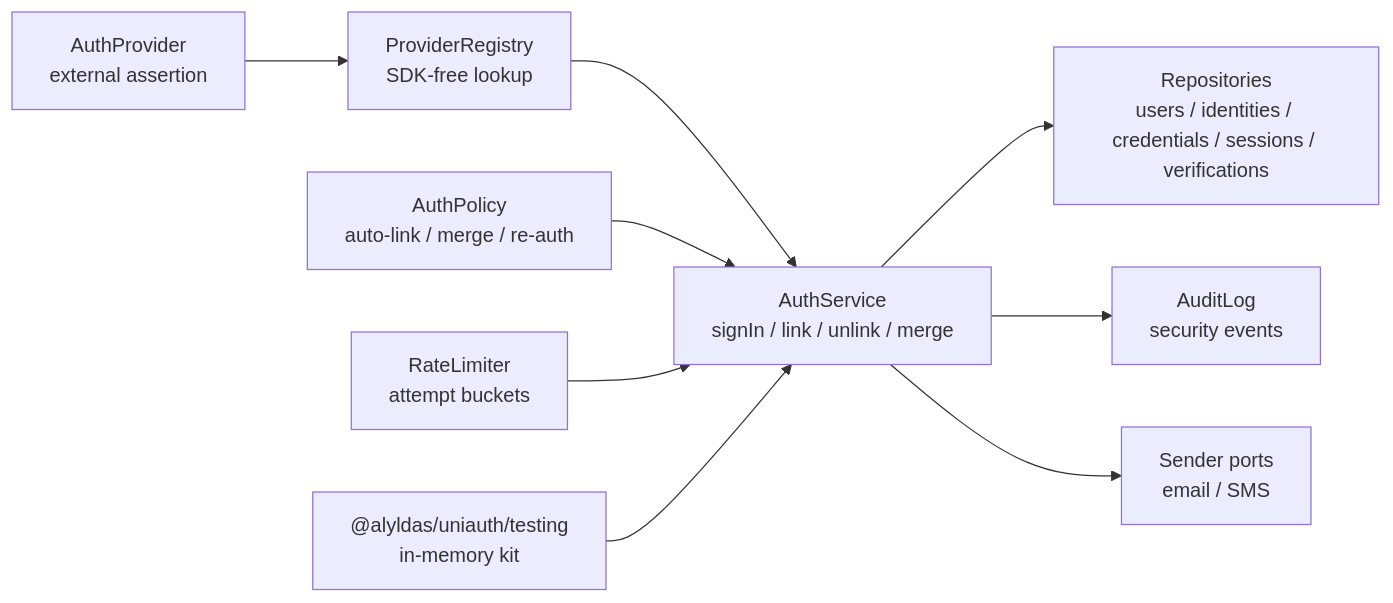
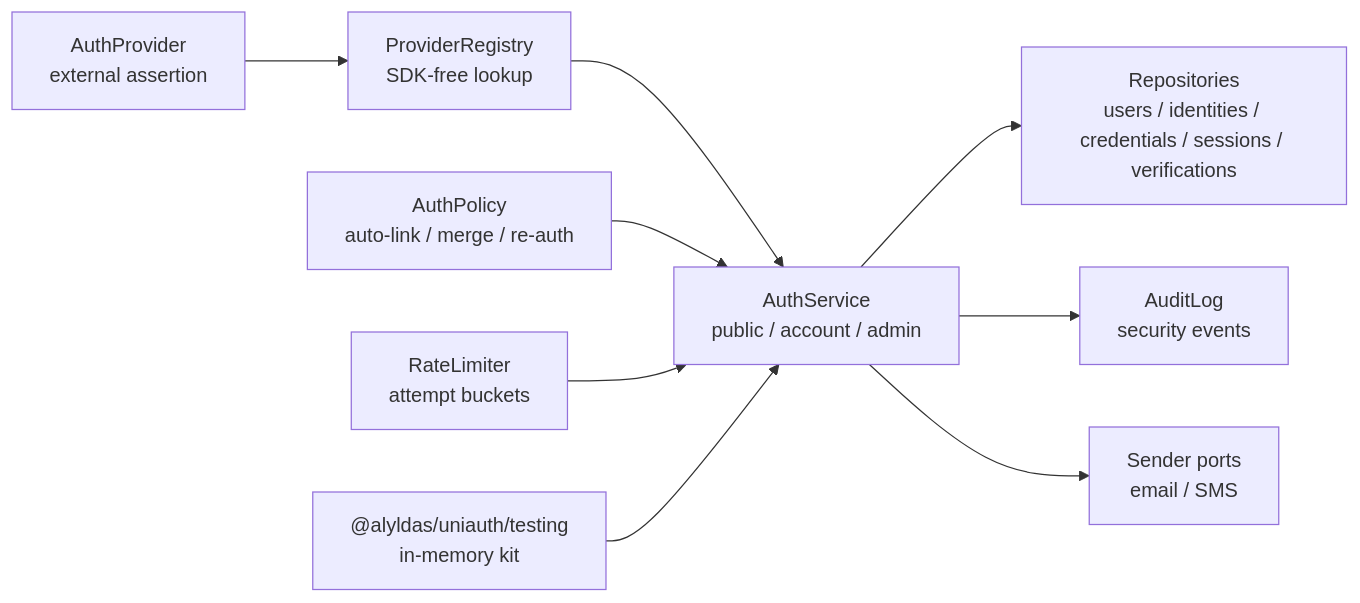
One commit to alyldas/uniauth changed the first of 3 diagrams in README.md. Above: the diagram before and after it, drawn with Mermaid. The commit also changed other lines of this file and 58 other files, not shown here.

````diff
--- a/README.md
+++ b/README.md
@@ -89,11 +89,11 @@
 ```mermaid
 flowchart LR
   Provider["AuthProvider<br/>external assertion"] --> Registry["ProviderRegistry<br/>SDK-free lookup"]
-  Registry --> Service["AuthService<br/>signIn / link / unlink / merge"]
+  Registry --> Service["AuthService<br/>public / account / admin"]
   Policy["AuthPolicy<br/>auto-link / merge / re-auth"] --> Service
   RateLimiter["RateLimiter<br/>attempt buckets"] --> Service
   Service --> Repos["Repositories<br/>users / identities / credentials / sessions / verifications"]
   Service --> Audit["AuditLog<br/>security events"]
   Service --> Senders["Sender ports<br/>email / SMS"]
   Testing["@alyldas/uniauth/testing<br/>in-memory kit"] --> Service
 ```
````
